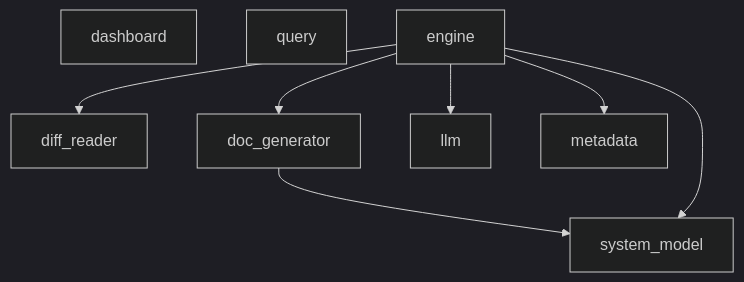
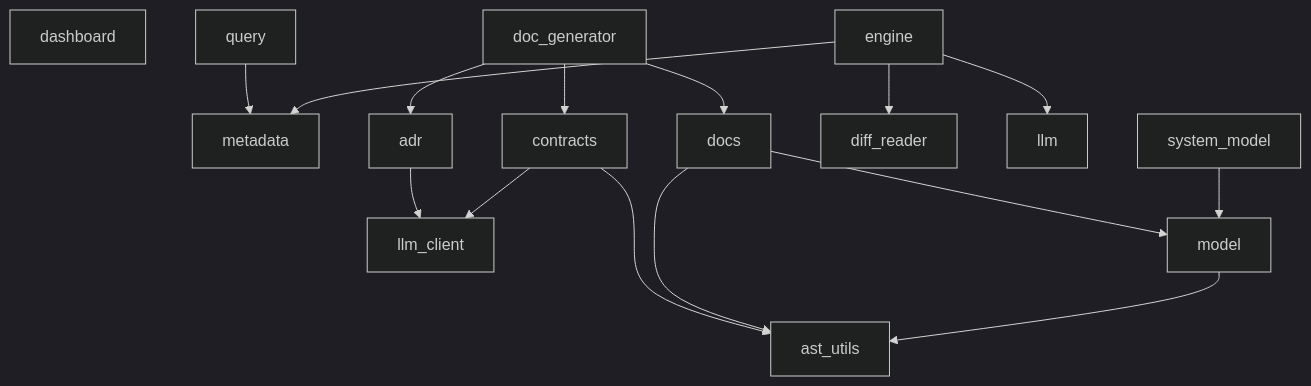
One commit to chanakyavasantha/gitmind changed the diagram in docs/architecture.md. Above: the diagram before and after it, drawn with Mermaid (dark theme). The commit also changed other lines of this file and 18 other files, not shown here.

Commit message:
Refactor architecture documentation pipeline

````diff
--- a/docs/architecture.md
+++ b/docs/architecture.md
@@ -28,17 +28,31 @@
 ```mermaid
 graph TD
     cli_dashboard_py["dashboard"]
     cli_query_py["query"]
+    cli_query_py --> core_metadata_py
+    core_architecture_adr_py["adr"]
+    core_architecture_adr_py --> core_architecture_llm_client_py
+    core_architecture_ast_utils_py["ast_utils"]
+    core_architecture_contracts_py["contracts"]
+    core_architecture_contracts_py --> core_architecture_ast_utils_py
+    core_architecture_contracts_py --> core_architecture_llm_client_py
+    core_architecture_docs_py["docs"]
+    core_architecture_docs_py --> core_architecture_ast_utils_py
+    core_architecture_docs_py --> core_architecture_model_py
+    core_architecture_llm_client_py["llm_client"]
+    core_architecture_model_py["model"]
+    core_architecture_model_py --> core_architecture_ast_utils_py
     core_diff_reader_py["diff_reader"]
     core_doc_generator_py["doc_generator"]
-    core_doc_generator_py --> core_system_model_py
+    core_doc_generator_py --> core_architecture_adr_py
+    core_doc_generator_py --> core_architecture_contracts_py
+    core_doc_generator_py --> core_architecture_docs_py
     core_engine_py["engine"]
     core_engine_py --> core_diff_reader_py
-    core_engine_py --> core_doc_generator_py
     core_engine_py --> core_llm_py
     core_engine_py --> core_metadata_py
-    core_engine_py --> core_system_model_py
     core_llm_py["llm"]
     core_metadata_py["metadata"]
     core_system_model_py["system_model"]
+    core_system_model_py --> core_architecture_model_py
 ```
````
